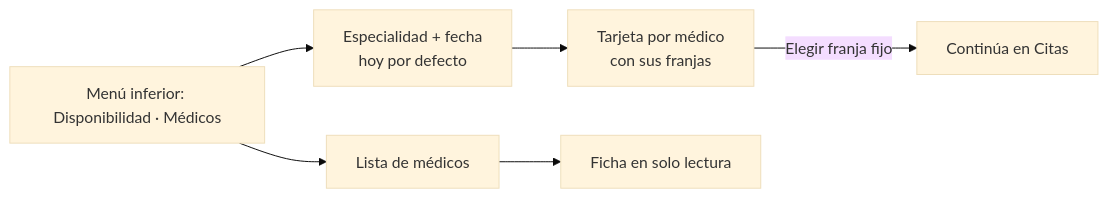
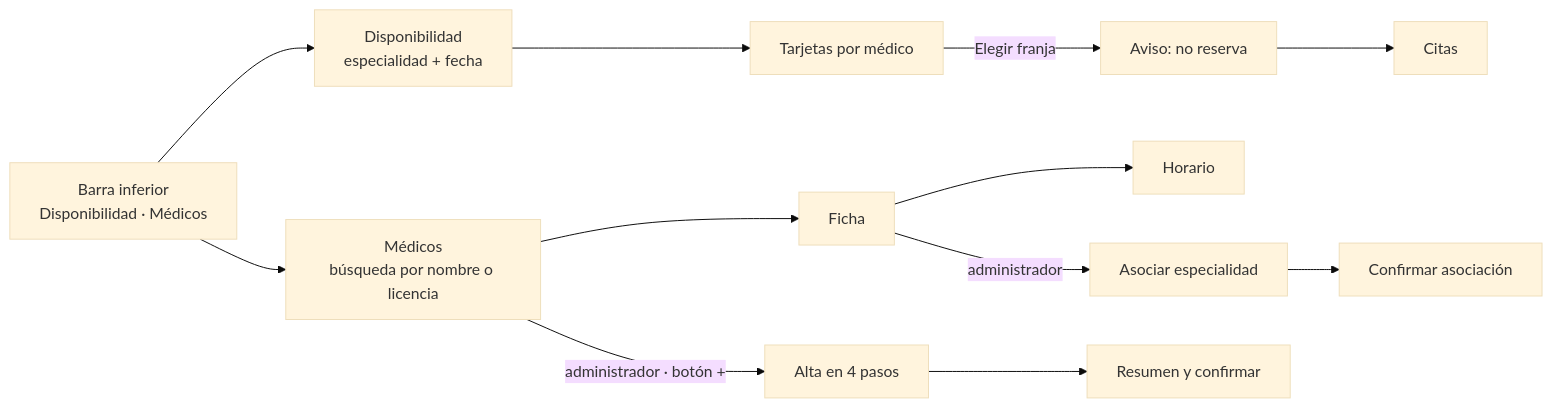
Before and after one commit to AxelHerrera11/sistema-hospitalario-integrado: the diagram in docs/medicos-especialidades/semana-10/README.md, drawn with Mermaid (base theme). The commit also changed other lines of this file, not shown here.

Commit message:
docs(semana-10): rehacer según la tarea: jerarquía, carga cognitiva, formularios por pasos, confirmaciones, conflictos y conexión limitada (ASII-04)

````diff
--- a/docs/medicos-especialidades/semana-10/README.md
+++ b/docs/medicos-especialidades/semana-10/README.md
@@ -29,7 +33,9 @@
 ```mermaid
 flowchart LR
-  menu[Menú inferior: Disponibilidad · Médicos] --> avail[Especialidad + fecha<br>hoy por defecto]
-  avail --> cards[Tarjeta por médico<br>con sus franjas]
-  cards -- Elegir franja fijo --> citas[Continúa en Citas]
-  menu --> list[Lista de médicos] --> ficha[Ficha en solo lectura]
+  nav[Barra inferior<br>Disponibilidad · Médicos] --> avail[Disponibilidad<br>especialidad + fecha]
+  avail --> cards[Tarjetas por médico] -- Elegir franja --> conf1[Aviso: no reserva] --> citas[Citas]
+  nav --> list[Médicos<br>búsqueda por nombre o licencia]
+  list --> ficha[Ficha] --> sched[Horario]
+  ficha -- administrador --> link[Asociar especialidad] --> conf2[Confirmar asociación]
+  list -- administrador · botón + --> alta[Alta en 4 pasos] --> conf3[Resumen y confirmar]
 ```
````
